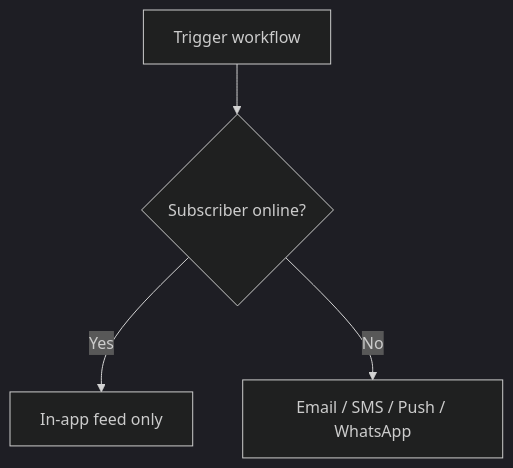
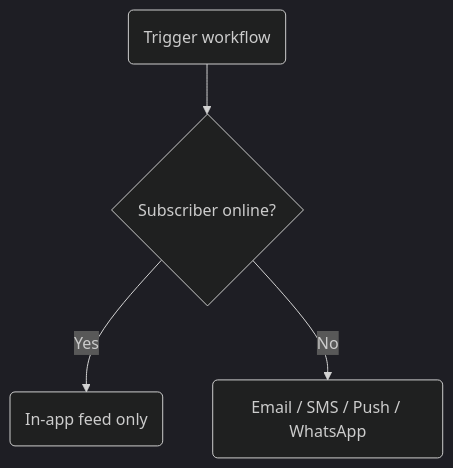
Before and after one commit to KriyanshKhunt/nexus_docs: the diagram in content/docs/en/platform/features/cost-reduction.mdx, drawn with Mermaid (dark theme). The commit also changed 25 other files, not shown here.

Commit message:
Handle en Mermaid charts

````diff
--- a/content/docs/en/platform/features/cost-reduction.mdx
+++ b/content/docs/en/platform/features/cost-reduction.mdx
@@ -14,6 +14,6 @@
 ```mermaid
 flowchart TD
-  Trigger[Trigger workflow] --> Check{Subscriber online?}
-  Check -->|Yes| Suppress[In-app feed only]
-  Check -->|No| Dispatch[Email / SMS / Push / WhatsApp]
+  Trigger(Trigger workflow) --> Check{Subscriber online?}
+  Check -->|Yes| Suppress(In-app feed only)
+  Check -->|No| Dispatch(Email / SMS / Push / WhatsApp)
 ```
````
